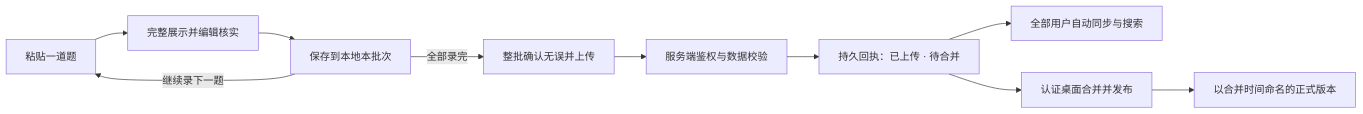
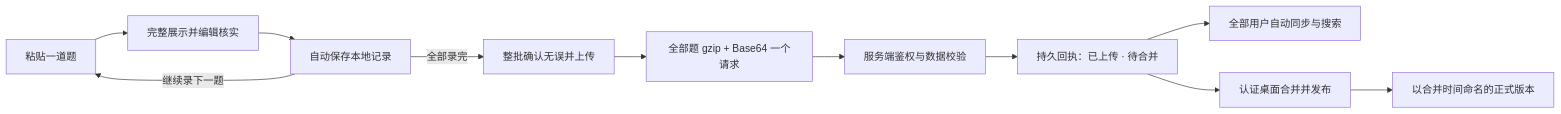
Before and after one commit to qingye0312-cpu/question-bank: the second of 3 diagrams in 开发文档.md, drawn with Mermaid. The commit also changed other lines of this file and 88 other files, not shown here.

````diff
--- a/开发文档.md
+++ b/开发文档.md
@@ -599,12 +602,13 @@
 ```mermaid
 flowchart LR
   P[粘贴一道题] --> E[完整展示并编辑核实]
-  E --> L[保存到本地本批次]
+  E --> L[自动保存本地记录]
   L -->|继续录下一题| P
   L -->|全部录完| C[整批确认无误并上传]
-  C --> V[服务端鉴权与数据校验]
+  C --> Z[全部题 gzip + Base64 一个请求]
+  Z --> V[服务端鉴权与数据校验]
   V --> R[持久回执：已上传 · 待合并]
   R --> S[全部用户自动同步与搜索]
   R --> D[认证桌面合并并发布]
   D --> F[以合并时间命名的正式版本]
 ```
````
